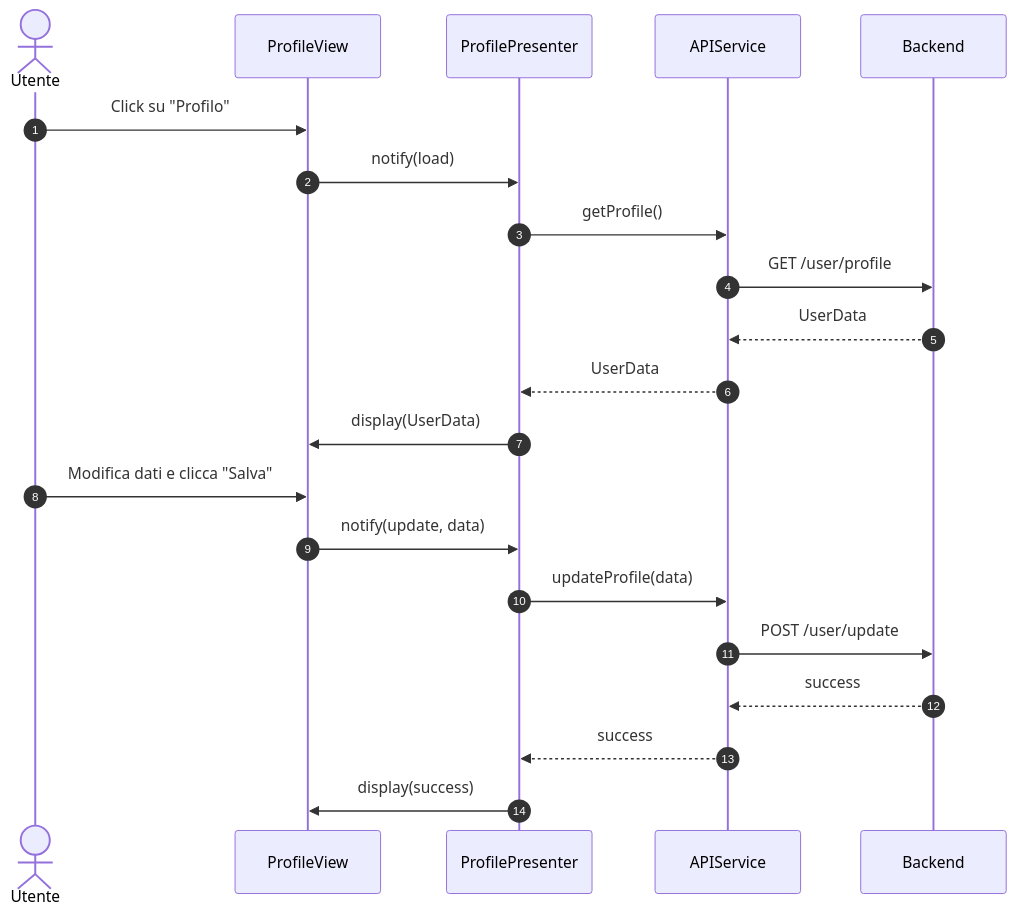
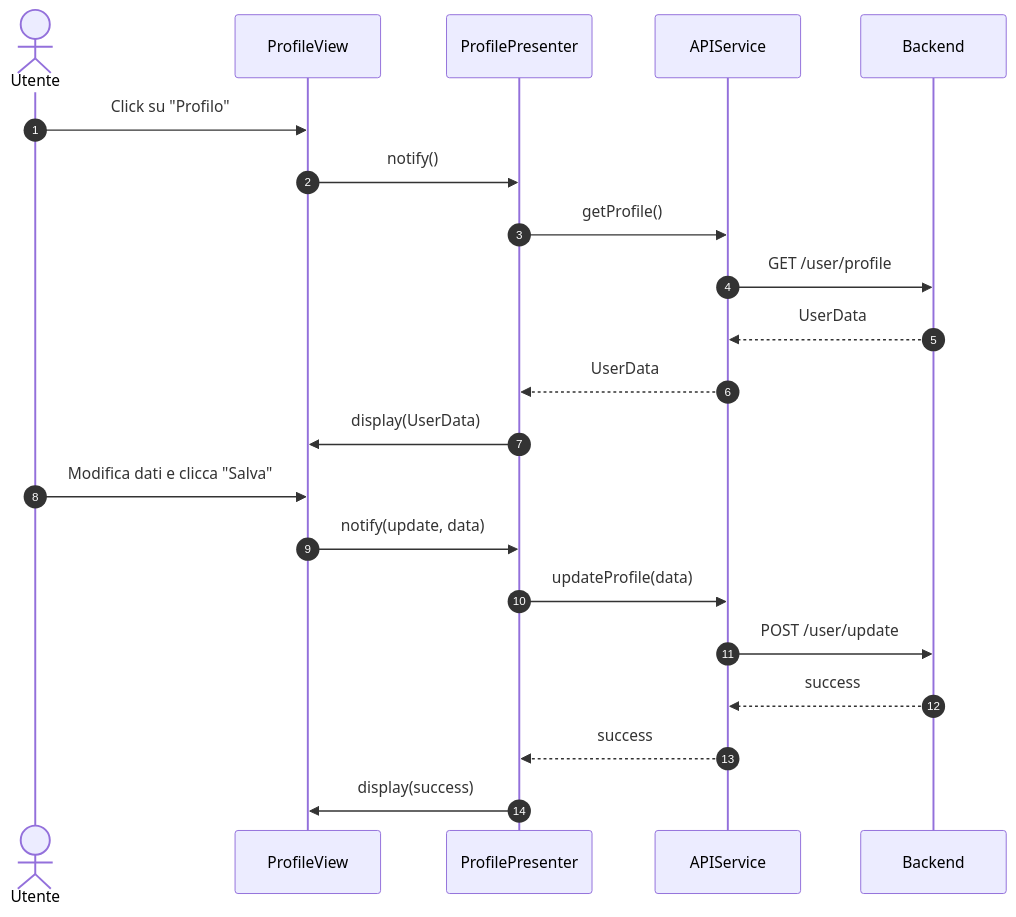
The fourth of 5 diagrams in DOC/UC02.md (mb4dev/progetto-prova), drawn with Mermaid before and after one commit. The commit also changed other lines of this file and 32 other files, not shown here.

````diff
--- a/DOC/UC02.md
+++ b/DOC/UC02.md
@@ -76,24 +76,24 @@
 ```mermaid
 sequenceDiagram
     autonumber
     actor user as Utente
     participant view as ProfileView
     participant presenter as ProfilePresenter
     participant api as APIService
     participant backend as Backend
 
     user ->> view: Click su "Profilo"
-    view ->> presenter: notify(load)
+    view ->> presenter: notify()
     presenter ->> api: getProfile()
     api ->> backend: GET /user/profile
     backend -->> api: UserData
     api -->> presenter: UserData
     presenter ->> view: display(UserData)
     user ->> view: Modifica dati e clicca "Salva"
     view ->> presenter: notify(update, data)
     presenter ->> api: updateProfile(data)
     api ->> backend: POST /user/update
     backend -->> api: success
     api -->> presenter: success
     presenter ->> view: display(success)
 ```
````
